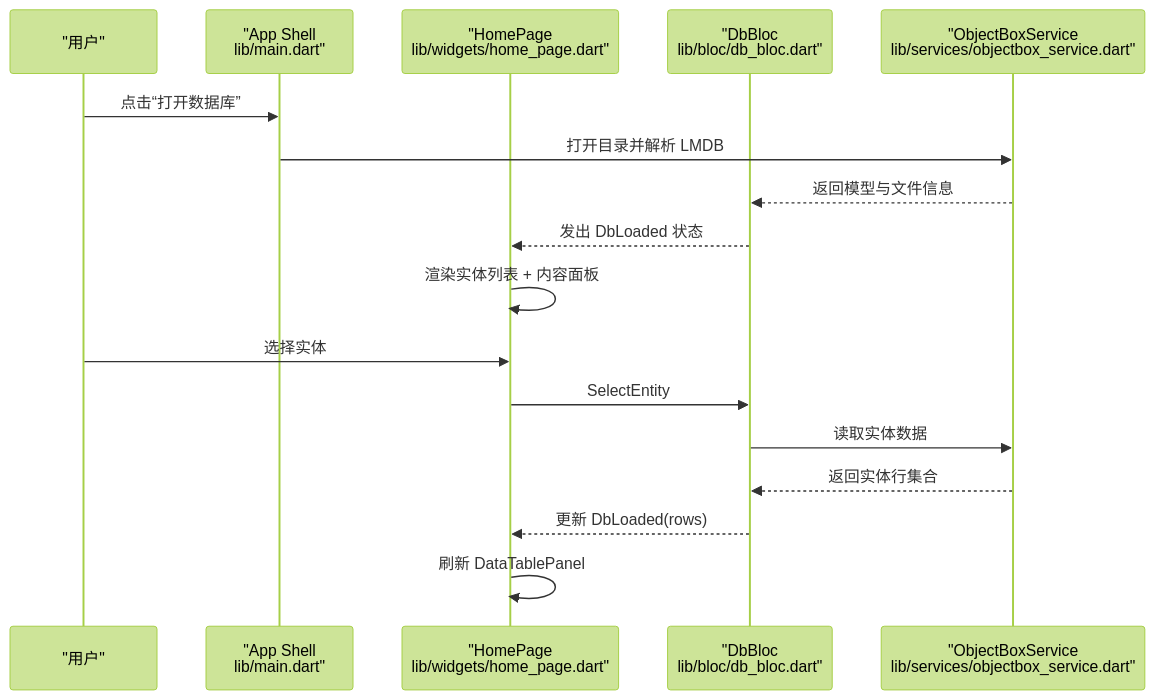
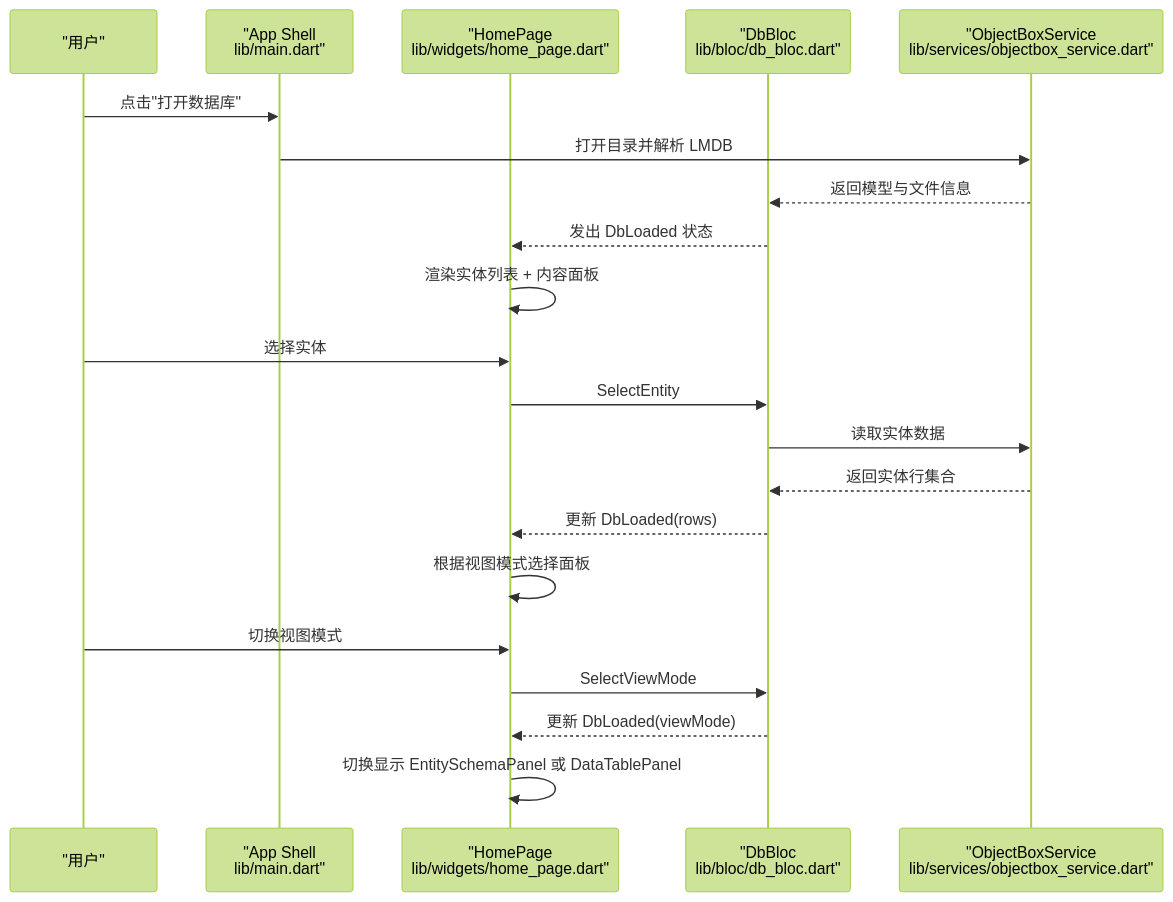
The second of 4 diagrams in .qoder/repowiki/zh/content/UI 组件/主页面布局.md (kongpf8848/objectbox_viewer), drawn with Mermaid (forest theme) before and after one commit. The commit also changed other lines of this file and 9 other files, not shown here.

````diff
--- a/.qoder/repowiki/zh/content/UI 组件/主页面布局.md
+++ b/.qoder/repowiki/zh/content/UI 组件/主页面布局.md
@@ -78,19 +88,23 @@
 ```mermaid
 sequenceDiagram
 participant U as "用户"
 participant APP as "App Shell<br/>lib/main.dart"
 participant HP as "HomePage<br/>lib/widgets/home_page.dart"
 participant BLOC as "DbBloc<br/>lib/bloc/db_bloc.dart"
 participant SVC as "ObjectBoxService<br/>lib/services/objectbox_service.dart"
-U->>APP : 点击“打开数据库”
+U->>APP : 点击"打开数据库"
 APP->>SVC : 打开目录并解析 LMDB
 SVC-->>BLOC : 返回模型与文件信息
 BLOC-->>HP : 发出 DbLoaded 状态
 HP->>HP : 渲染实体列表 + 内容面板
 U->>HP : 选择实体
 HP->>BLOC : SelectEntity
 BLOC->>SVC : 读取实体数据
 SVC-->>BLOC : 返回实体行集合
 BLOC-->>HP : 更新 DbLoaded(rows)
-HP->>HP : 刷新 DataTablePanel
+HP->>HP : 根据视图模式选择面板
+U->>HP : 切换视图模式
+HP->>BLOC : SelectViewMode
+BLOC-->>HP : 更新 DbLoaded(viewMode)
+HP->>HP : 切换显示 EntitySchemaPanel 或 DataTablePanel
 ```
````
